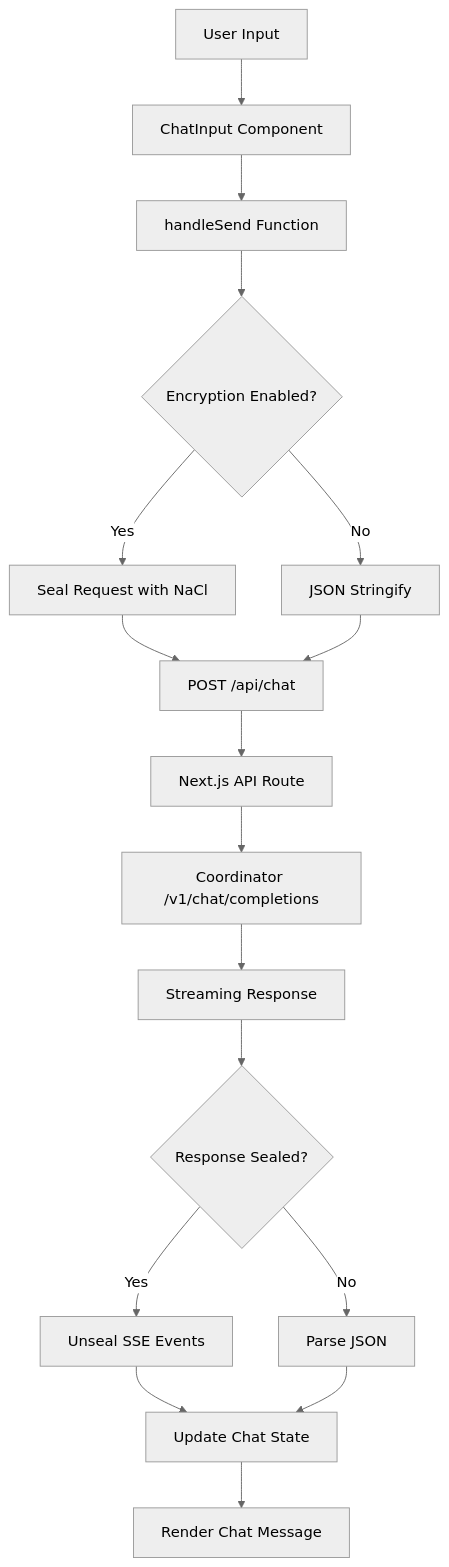
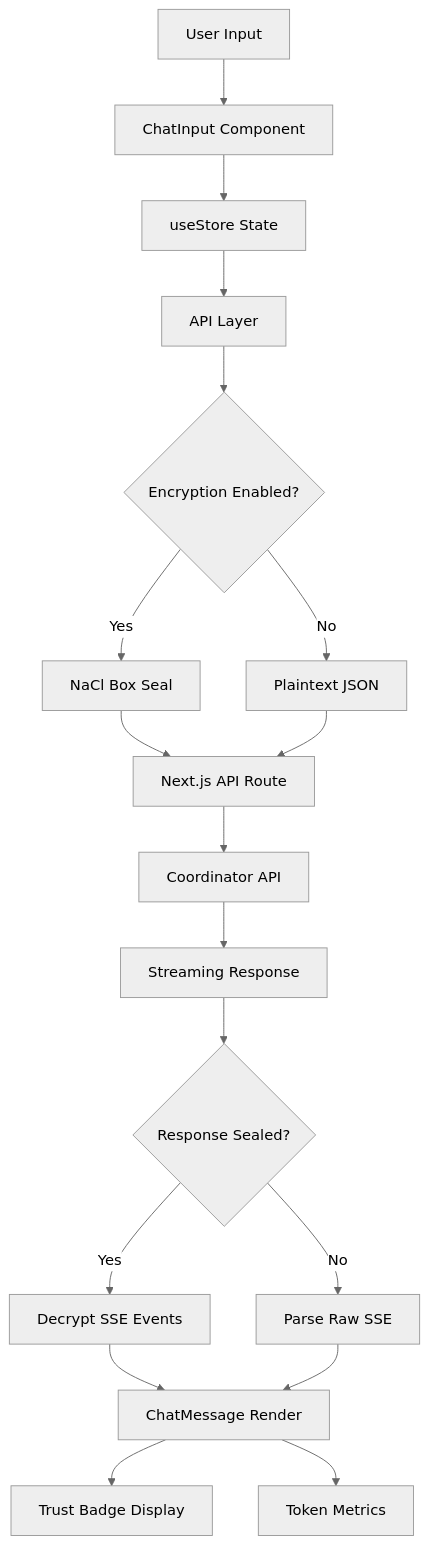
The first of 2 diagrams in artifacts/d-inference/service_analyses/web.md (researchoors/knowledge-maintenance), drawn with Mermaid (neutral theme) before and after one commit. The commit also changed other lines of this file and 22 other files, not shown here.

````diff
--- a/artifacts/d-inference/service_analyses/web.md
+++ b/artifacts/d-inference/service_analyses/web.md
@@ -86,19 +42,20 @@
 ```mermaid
 graph TD
     A[User Input] --> B[ChatInput Component]
-    B --> C[handleSend Function]
-    C --> D{Encryption Enabled?}
-    D -->|Yes| E[Seal Request with NaCl]
-    D -->|No| F[JSON Stringify]
-    E --> G[POST /api/chat]
-    F --> G
-    G --> H[Next.js API Route]
-    H --> I[Coordinator /v1/chat/completions]
+    B --> C[useStore State]
+    C --> D[API Layer]
+    D --> E{Encryption Enabled?}
+    E -->|Yes| F[NaCl Box Seal]
+    E -->|No| G[Plaintext JSON]
+    F --> H[Next.js API Route]
+    G --> H
+    H --> I[Coordinator API]
     I --> J[Streaming Response]
     J --> K{Response Sealed?}
-    K -->|Yes| L[Unseal SSE Events]
-    K -->|No| M[Parse JSON]
-    L --> N[Update Chat State]
+    K -->|Yes| L[Decrypt SSE Events]
+    K -->|No| M[Parse Raw SSE]
+    L --> N[ChatMessage Render]
     M --> N
-    N --> O[Render Chat Message]
+    N --> O[Trust Badge Display]
+    N --> P[Token Metrics]
 ```
````
